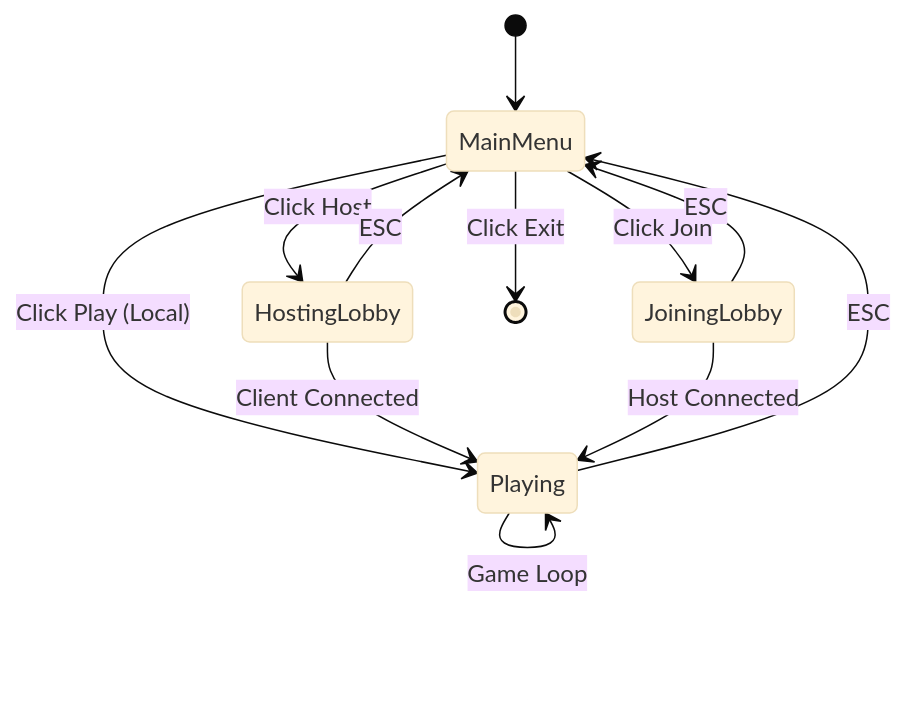
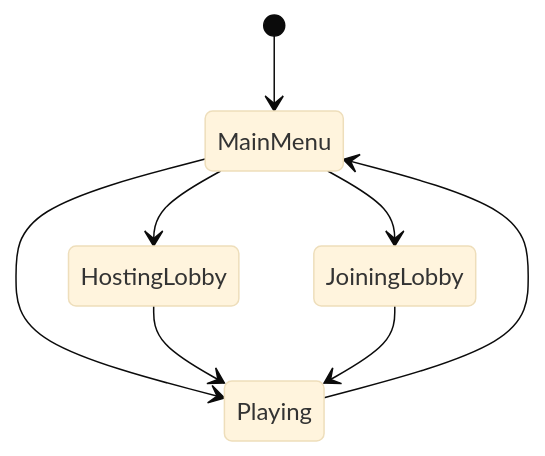
Before and after one commit to OlawoleAbayomi-Owodunni/pong-networking: the sixth of 6 diagrams in DESIGN_REPORT.md, drawn with Mermaid (base theme). The commit also changed other lines of this file, not shown here.

````diff
--- a/DESIGN_REPORT.md
+++ b/DESIGN_REPORT.md
@@ -507,18 +307,10 @@
 ```mermaid
 stateDiagram-v2
     [*] --> MainMenu
-    
-    MainMenu --> HostingLobby: Click Host
-    MainMenu --> JoiningLobby: Click Join
-    MainMenu --> Playing: Click Play (Local)
-    MainMenu --> [*]: Click Exit
-    
-    HostingLobby --> Playing: Client Connected
-    HostingLobby --> MainMenu: ESC
-    
-    JoiningLobby --> Playing: Host Connected
-    JoiningLobby --> MainMenu: ESC
-    
-    Playing --> MainMenu: ESC
-    Playing --> Playing: Game Loop
+    MainMenu --> HostingLobby
+    MainMenu --> JoiningLobby
+    MainMenu --> Playing
+    HostingLobby --> Playing
+    JoiningLobby --> Playing
+    Playing --> MainMenu
 ```
````
